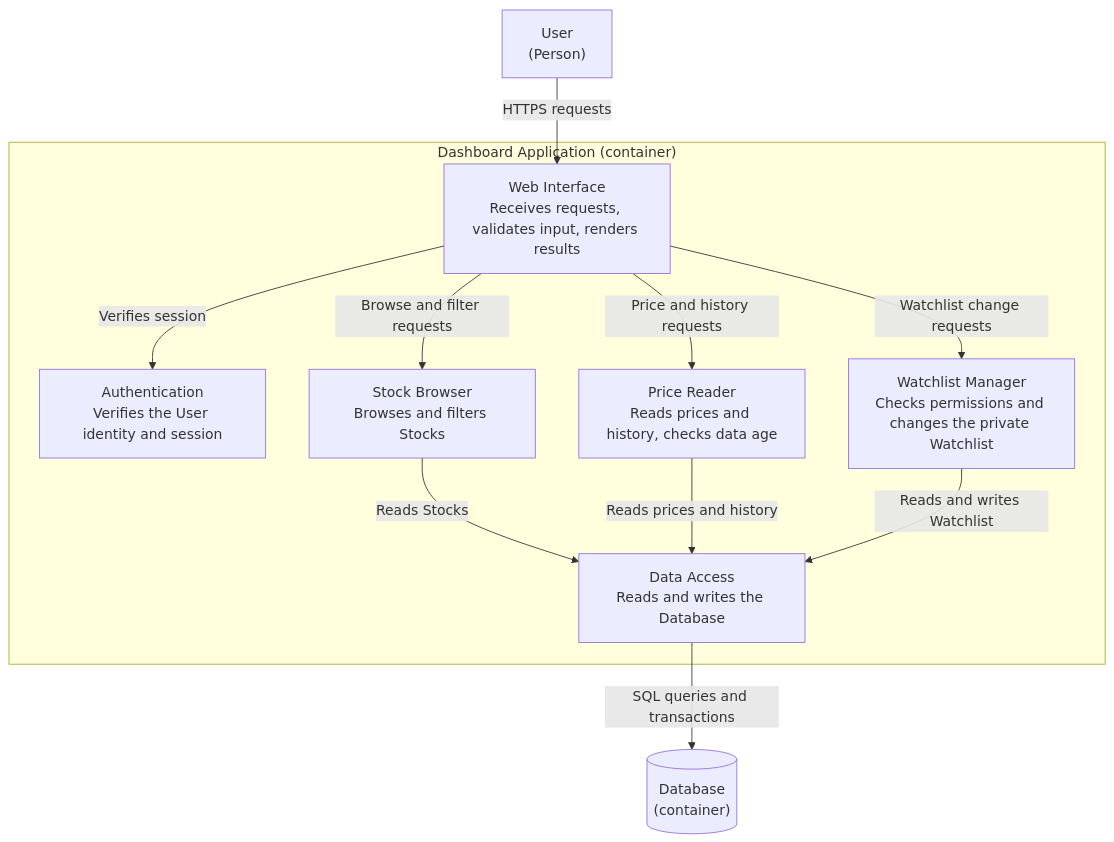
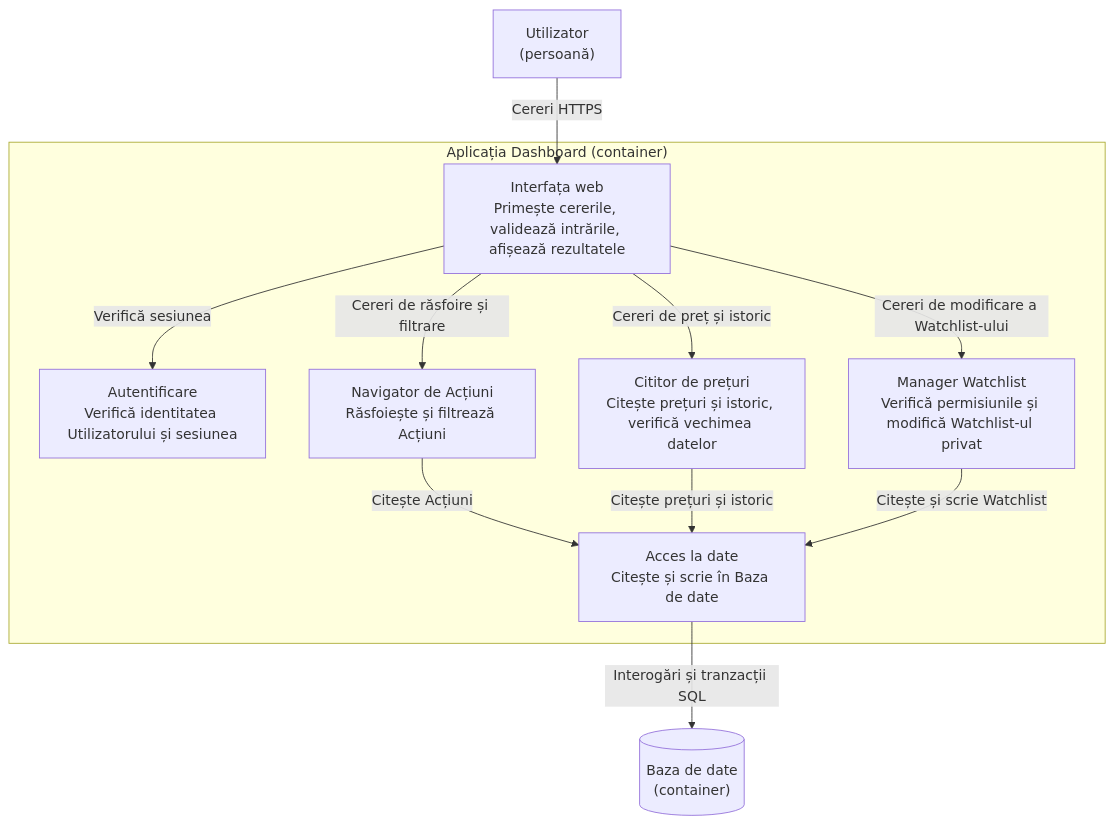
Before and after one commit to sainciucbeatricie/psi-labs: the third of 6 diagrams in lab3.md, drawn with Mermaid. The commit also changed other lines of this file, not shown here.

````diff
--- a/lab3.md
+++ b/lab3.md
@@ -85,25 +85,25 @@
 ```mermaid
 flowchart TB
-    User["User<br/>(Person)"]
+    User["Utilizator<br/>(persoană)"]
 
-    subgraph DA["Dashboard Application (container)"]
-        WI["Web Interface<br/>Receives requests, validates input, renders results"]
-        AU["Authentication<br/>Verifies the User identity and session"]
-        SB["Stock Browser<br/>Browses and filters Stocks"]
-        PR["Price Reader<br/>Reads prices and history, checks data age"]
-        WM["Watchlist Manager<br/>Checks permissions and changes the private Watchlist"]
-        DAC["Data Access<br/>Reads and writes the Database"]
+    subgraph DA["Aplicația Dashboard (container)"]
+        WI["Interfața web<br/>Primește cererile, validează intrările, afișează rezultatele"]
+        AU["Autentificare<br/>Verifică identitatea Utilizatorului și sesiunea"]
+        SB["Navigator de Acțiuni<br/>Răsfoiește și filtrează Acțiuni"]
+        PR["Cititor de prețuri<br/>Citește prețuri și istoric, verifică vechimea datelor"]
+        WM["Manager Watchlist<br/>Verifică permisiunile și modifică Watchlist-ul privat"]
+        DAC["Acces la date<br/>Citește și scrie în Baza de date"]
     end
 
-    DB[("Database<br/>(container)")]
+    DB[("Baza de date<br/>(container)")]
 
-    User -->|"HTTPS requests"| WI
-    WI -->|"Verifies session"| AU
-    WI -->|"Browse and filter requests"| SB
-    WI -->|"Price and history requests"| PR
-    WI -->|"Watchlist change requests"| WM
-    SB -->|"Reads Stocks"| DAC
-    PR -->|"Reads prices and history"| DAC
-    WM -->|"Reads and writes Watchlist"| DAC
-    DAC -->|"SQL queries and transactions"| DB
+    User -->|"Cereri HTTPS"| WI
+    WI -->|"Verifică sesiunea"| AU
+    WI -->|"Cereri de răsfoire și filtrare"| SB
+    WI -->|"Cereri de preț și istoric"| PR
+    WI -->|"Cereri de modificare a Watchlist-ului"| WM
+    SB -->|"Citește Acțiuni"| DAC
+    PR -->|"Citește prețuri și istoric"| DAC
+    WM -->|"Citește și scrie Watchlist"| DAC
+    DAC -->|"Interogări și tranzacții SQL"| DB
 ```
````
